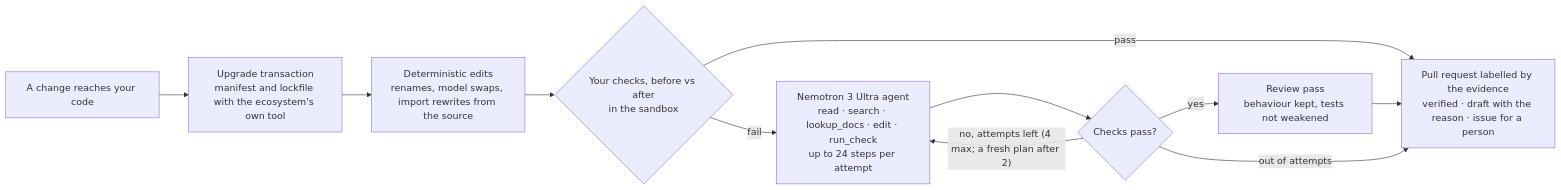
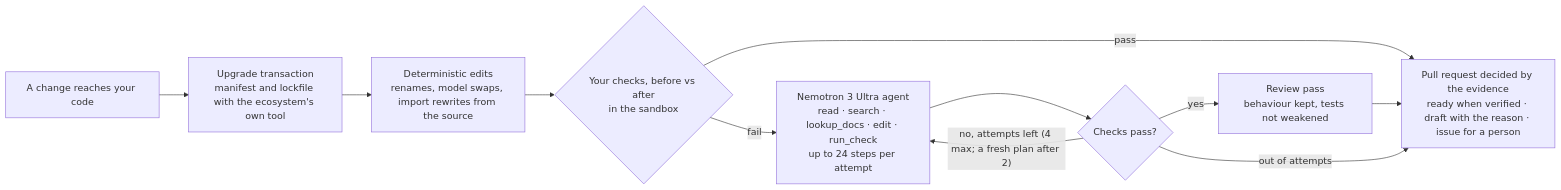
The diagram in .github/diagrams/readme-fix-loop.mmd (teire-dev/teire), drawn with Mermaid before and after one commit. The commit also changed 16 other files, not shown here.

Commit message:
CLI prints sites relative to the scanned root when given a path; an empty tool-path variable counts as unset; diagrams say ready, not labelled

```diff
--- a/.github/diagrams/readme-fix-loop.mmd
+++ b/.github/diagrams/readme-fix-loop.mmd
@@ -1,11 +1,11 @@
 flowchart LR
   a["A change reaches your code"] --> b["Upgrade transaction<br/>manifest and lockfile with the ecosystem's own tool"]
   b --> c["Deterministic edits<br/>renames, model swaps, import rewrites from the source"]
   c --> v1{"Your checks, before vs after<br/>in the sandbox"}
   v1 -->|pass| pr
   v1 -->|fail| agent["Nemotron 3 Ultra agent<br/>read · search · lookup_docs · edit · run_check<br/>up to 24 steps per attempt"]
   agent --> v2{"Checks pass?"}
   v2 -->|"no, attempts left (4 max; a fresh plan after 2)"| agent
   v2 -->|yes| review["Review pass<br/>behaviour kept, tests not weakened"]
-  review --> pr["Pull request labelled by the evidence<br/>verified · draft with the reason · issue for a person"]
+  review --> pr["Pull request decided by the evidence<br/>ready when verified · draft with the reason · issue for a person"]
   v2 -->|out of attempts| pr
```
